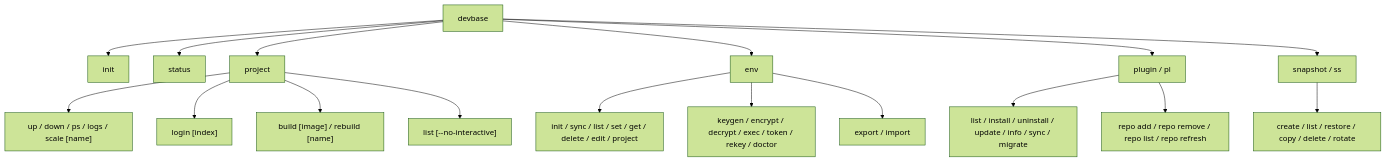
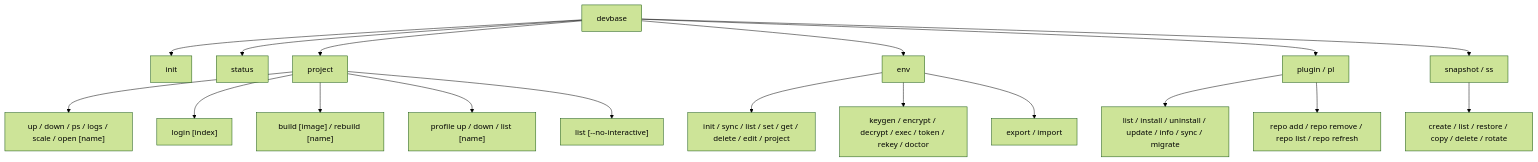
Before and after one commit to devbasex/devbase: the diagram in docs/user/cli-reference/README.md, drawn with Mermaid (forest theme). The commit also changed other lines of this file and 7 other files, not shown here.

````diff
--- a/docs/user/cli-reference/README.md
+++ b/docs/user/cli-reference/README.md
@@ -17,19 +17,20 @@
 ```mermaid
 graph TD
     A[devbase] --> B[init]
     A --> C[status]
     A --> D[project]
     A --> E[env]
     A --> F[plugin / pl]
     A --> G[snapshot / ss]
-    D --> D1["up / down / ps / logs / scale [name]"]
+    D --> D1["up / down / ps / logs / scale / open [name]"]
     D --> D3["login [index]"]
     D --> D4["build [image] / rebuild [name]"]
+    D --> D5["profile up / down / list [name]"]
     D --> D2["list [--no-interactive]"]
     E --> E1[init / sync / list / set / get / delete / edit / project]
     E --> E2[keygen / encrypt / decrypt / exec / token / rekey / doctor]
     E --> E3[export / import]
     F --> F1[list / install / uninstall / update / info / sync / migrate]
     F --> F2[repo add / repo remove / repo list / repo refresh]
     G --> G1[create / list / restore / copy / delete / rotate]
 ```
````
